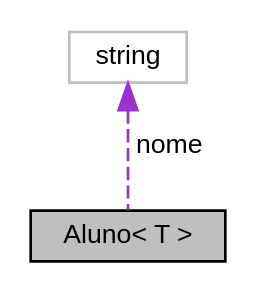
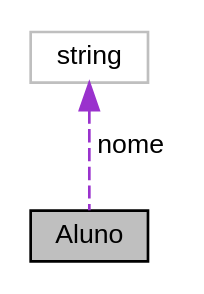
The diagram in doc/classAluno__coll__graph.dot (EduardoRique/lab6), drawn with Graphviz before and after one commit. The commit also changed 88 other files, not shown here.

```diff
--- a/doc/classAluno__coll__graph.dot
+++ b/doc/classAluno__coll__graph.dot
@@ -1,8 +1,8 @@
-digraph "Aluno&lt; T &gt;"
+digraph "Aluno"
 {
   edge [fontname="Helvetica",fontsize="10",labelfontname="Helvetica",labelfontsize="10"];
   node [fontname="Helvetica",fontsize="10",shape=record];
-  Node1 [label="Aluno\< T \>",height=0.2,width=0.4,color="black", fillcolor="grey75", style="filled" fontcolor="black"];
+  Node1 [label="Aluno",height=0.2,width=0.4,color="black", fillcolor="grey75", style="filled" fontcolor="black"];
   Node2 -> Node1 [dir="back",color="darkorchid3",fontsize="10",style="dashed",label=" nome" ,fontname="Helvetica"];
   Node2 [label="string",height=0.2,width=0.4,color="grey75", fillcolor="white", style="filled"];
 }
```
